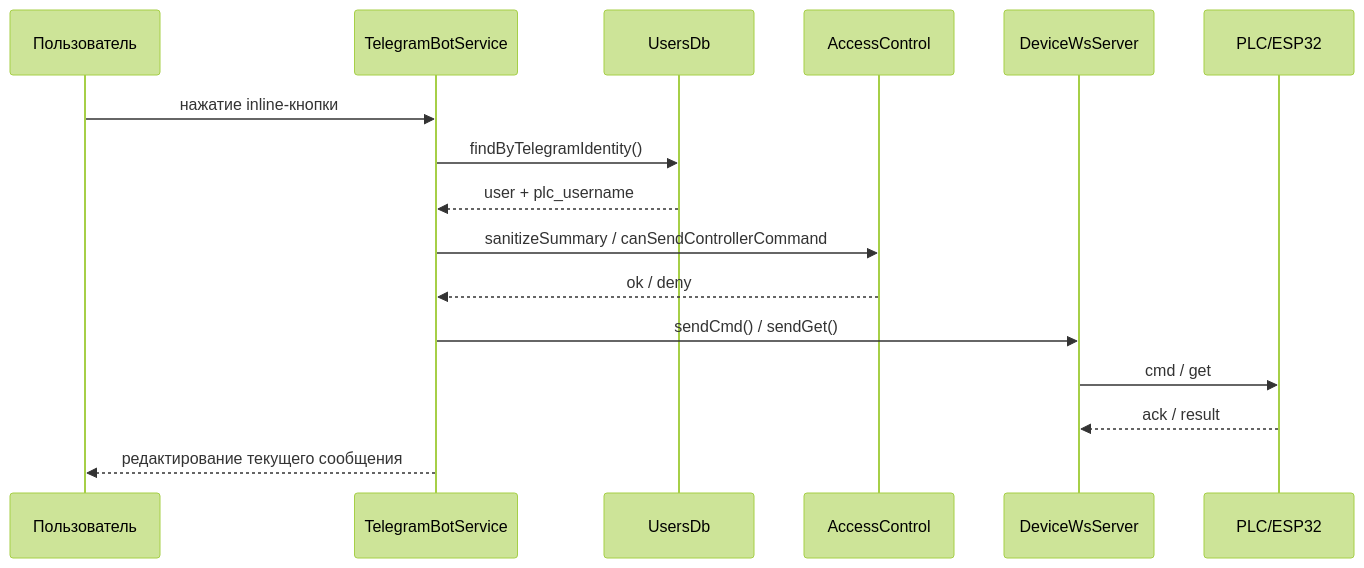
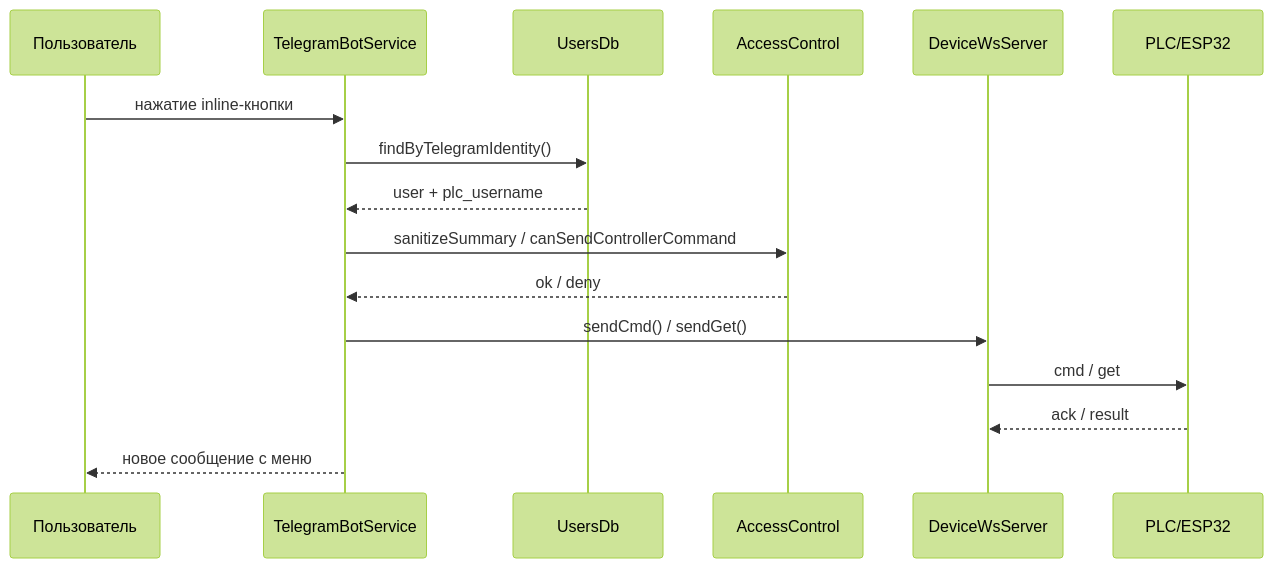
One commit to Denisov-Foundation-Limited/plc-cloud changed the fourth of 4 diagrams in README.md. Above: the diagram before and after it, drawn with Mermaid (forest theme). The commit also changed other lines of this file and 27 other files, not shown here.

````diff
--- a/README.md
+++ b/README.md
@@ -160,19 +160,19 @@
 ```mermaid
 sequenceDiagram
     participant User as Пользователь
     participant TG as TelegramBotService
     participant UDB as UsersDb
     participant ACL as AccessControl
     participant DWS as DeviceWsServer
     participant PLC as PLC/ESP32
 
     User->>TG: нажатие inline-кнопки
     TG->>UDB: findByTelegramIdentity()
     UDB-->>TG: user + plc_username
     TG->>ACL: sanitizeSummary / canSendControllerCommand
     ACL-->>TG: ok / deny
     TG->>DWS: sendCmd() / sendGet()
     DWS->>PLC: cmd / get
     PLC-->>DWS: ack / result
-    TG-->>User: редактирование текущего сообщения
+    TG-->>User: новое сообщение с меню
 ```
````
